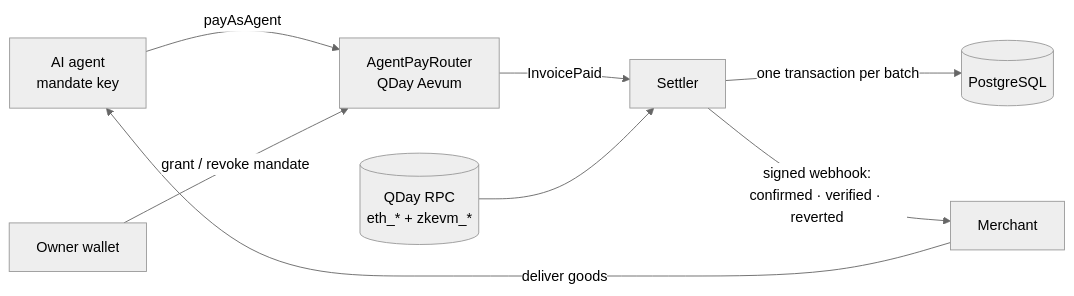
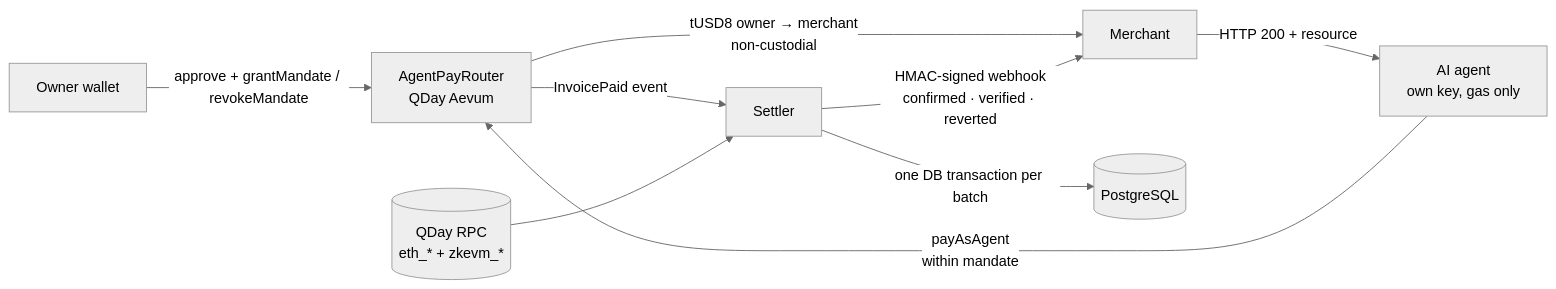
The first of 2 diagrams in README.md (BrianLiu0531/aevum-settle), drawn with Mermaid (neutral theme) before and after one commit. The commit also changed other lines of this file and 34 other files, not shown here.

First line of the commit message:
Agent SDK and CLI, demo merchant, dashboard, owner console, end-to-end demo

````diff
--- a/README.md
+++ b/README.md
@@ -43,10 +58,11 @@
 ```mermaid
 flowchart LR
-    A[AI agent<br/>mandate key] -->|payAsAgent| R[AgentPayRouter<br/>QDay Aevum]
-    O[Owner wallet] -->|grant / revoke mandate| R
-    R -->|InvoicePaid| S[Settler]
+    O[Owner wallet] -->|approve + grantMandate / revokeMandate| R[AgentPayRouter<br/>QDay Aevum]
+    A[AI agent<br/>own key, gas only] -->|payAsAgent<br/>within mandate| R
+    R -->|tUSD8 owner → merchant<br/>non-custodial| M[Merchant]
+    R -->|InvoicePaid event| S[Settler]
     Q[(QDay RPC<br/>eth_* + zkevm_*)] --> S
-    S -->|one transaction per batch| PG[(PostgreSQL)]
-    S -->|signed webhook:<br/>confirmed · verified · reverted| M[Merchant]
-    M -->|deliver goods| A
+    S -->|one DB transaction per batch| PG[(PostgreSQL)]
+    S -->|HMAC-signed webhook<br/>confirmed · verified · reverted| M
+    M -->|HTTP 200 + resource| A
 ```
````
